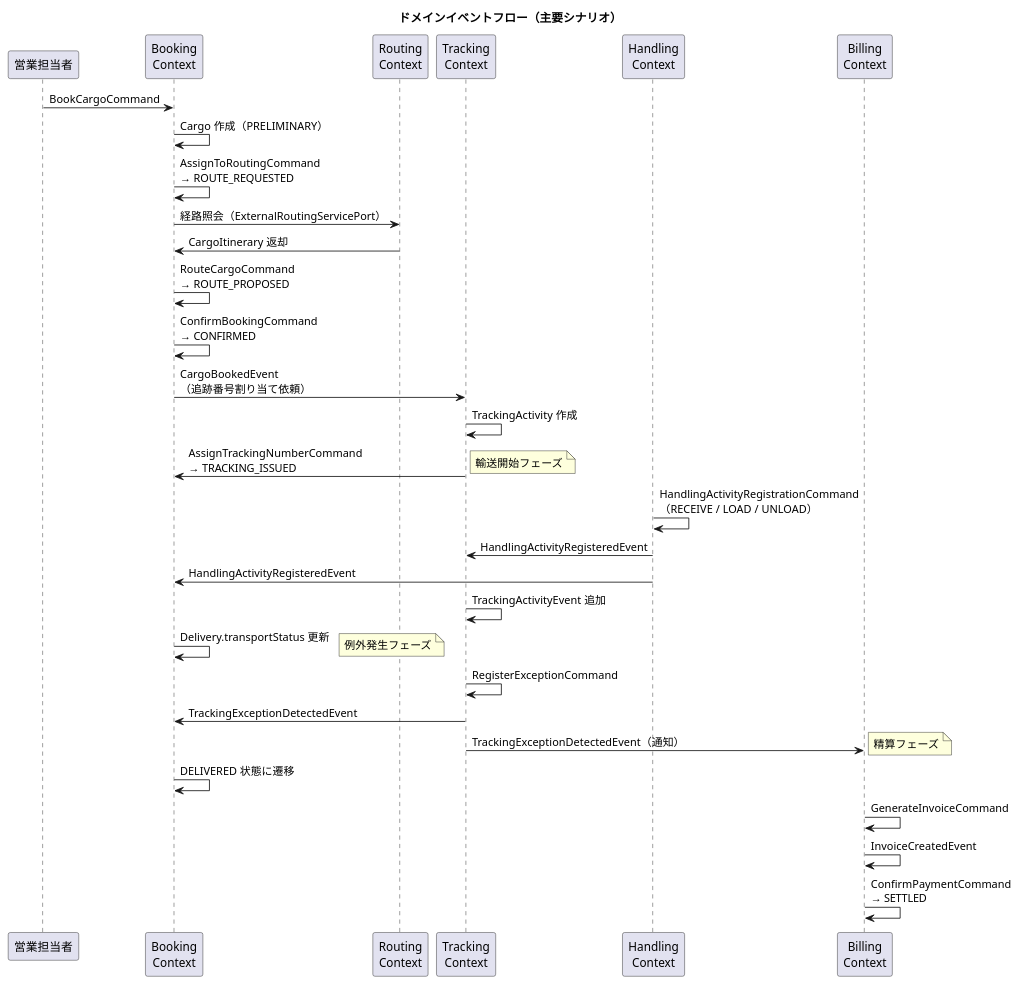
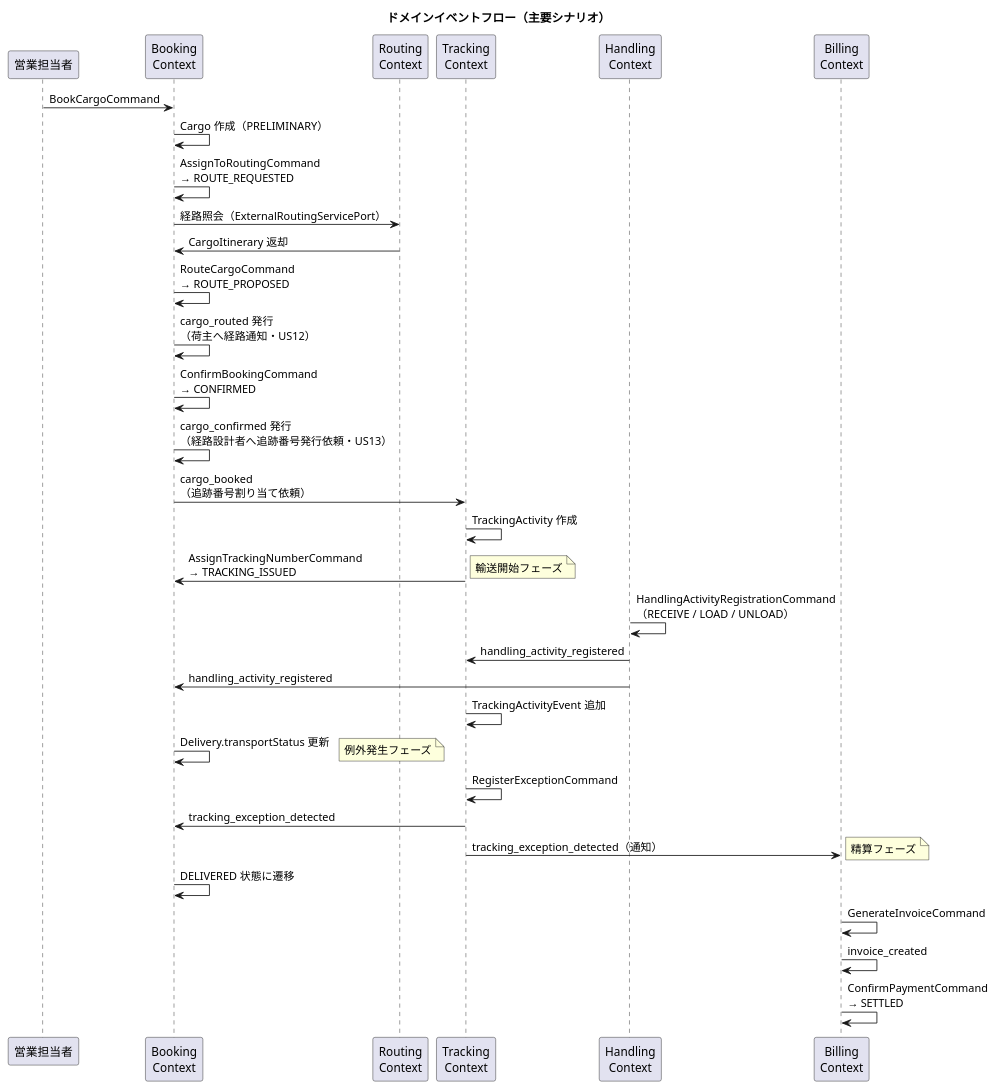
One commit to k2works/case-study-cargo-tracker changed diagram 12 of 12 in docs/design/domain-model.md. Above: the diagram before and after it, drawn with PlantUML. The commit also changed other lines of this file and 3 other files, not shown here.

````diff
--- a/docs/design/domain-model.md
+++ b/docs/design/domain-model.md
@@ -1546,45 +1559,47 @@
 ```plantuml
 @startuml
 title ドメインイベントフロー（主要シナリオ）
 
 participant "営業担当者" as sales
 participant "Booking\nContext" as booking
 participant "Routing\nContext" as routing
 participant "Tracking\nContext" as tracking
 participant "Handling\nContext" as handling
 participant "Billing\nContext" as billing
 
 sales -> booking : BookCargoCommand
 booking -> booking : Cargo 作成（PRELIMINARY）
 booking -> booking : AssignToRoutingCommand\n→ ROUTE_REQUESTED
 booking -> routing : 経路照会（ExternalRoutingServicePort）
 routing -> booking : CargoItinerary 返却
 booking -> booking : RouteCargoCommand\n→ ROUTE_PROPOSED
+booking -> booking : cargo_routed 発行\n（荷主へ経路通知・US12）
 booking -> booking : ConfirmBookingCommand\n→ CONFIRMED
-booking -> tracking : CargoBookedEvent\n（追跡番号割り当て依頼）
+booking -> booking : cargo_confirmed 発行\n（経路設計者へ追跡番号発行依頼・US13）
+booking -> tracking : cargo_booked\n（追跡番号割り当て依頼）
 tracking -> tracking : TrackingActivity 作成
 tracking -> booking : AssignTrackingNumberCommand\n→ TRACKING_ISSUED
 
 note right : 輸送開始フェーズ
 
 handling -> handling : HandlingActivityRegistrationCommand\n（RECEIVE / LOAD / UNLOAD）
-handling -> tracking : HandlingActivityRegisteredEvent
-handling -> booking : HandlingActivityRegisteredEvent
+handling -> tracking : handling_activity_registered
+handling -> booking : handling_activity_registered
 tracking -> tracking : TrackingActivityEvent 追加
 booking -> booking : Delivery.transportStatus 更新
 
 note right : 例外発生フェーズ
 
 tracking -> tracking : RegisterExceptionCommand
-tracking -> booking : TrackingExceptionDetectedEvent
-tracking -> billing : TrackingExceptionDetectedEvent（通知）
+tracking -> booking : tracking_exception_detected
+tracking -> billing : tracking_exception_detected（通知）
 
 note right : 精算フェーズ
 
 booking -> booking : DELIVERED 状態に遷移
 billing -> billing : GenerateInvoiceCommand
-billing -> billing : InvoiceCreatedEvent
+billing -> billing : invoice_created
 billing -> billing : ConfirmPaymentCommand\n→ SETTLED
 
 @enduml
 ```
````
